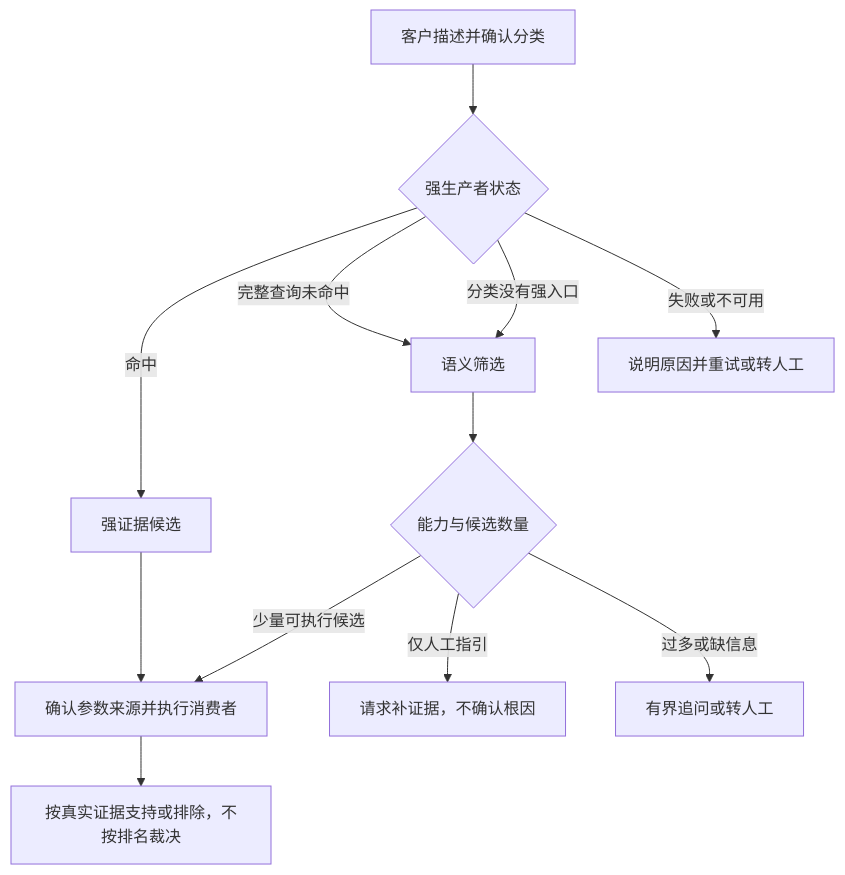
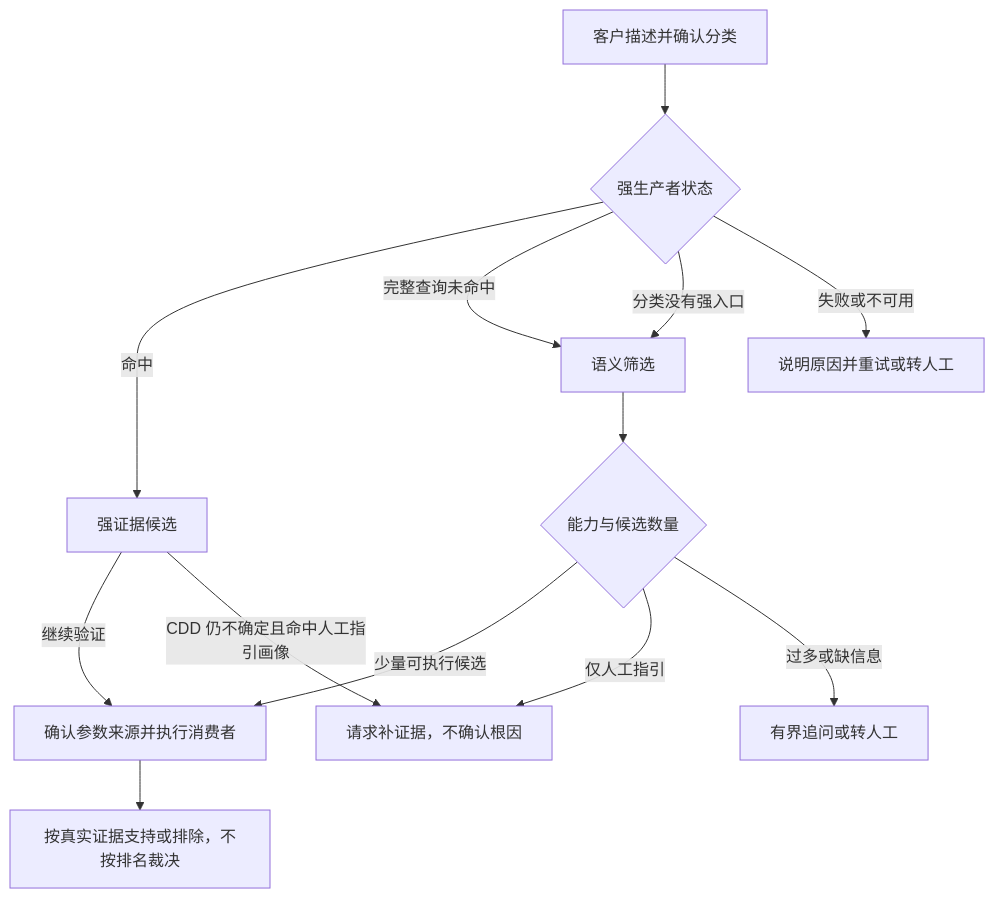
The diagram in docs/solution/agent/KBD语义入口兜底诊断设计与需求.md (tomturing/hci-troubleshoot-platform), drawn with Mermaid before and after one commit. The commit also changed other lines of this file and 8 other files, not shown here.

````diff
--- a/docs/solution/agent/KBD语义入口兜底诊断设计与需求.md
+++ b/docs/solution/agent/KBD语义入口兜底诊断设计与需求.md
@@ -262,14 +263,15 @@
 ```mermaid
 flowchart TD
     A[客户描述并确认分类] --> B{强生产者状态}
     B -->|命中| C[强证据候选]
     B -->|完整查询未命中| D[语义筛选]
     B -->|分类没有强入口| D
     B -->|失败或不可用| E[说明原因并重试或转人工]
     D --> F{能力与候选数量}
     F -->|少量可执行候选| G[确认参数来源并执行消费者]
     F -->|仅人工指引| H[请求补证据，不确认根因]
     F -->|过多或缺信息| I[有界追问或转人工]
-    C --> G
+    C -->|继续验证| G
+    C -->|CDD 仍不确定且命中人工指引画像| H
     G --> J[按真实证据支持或排除，不按排名裁决]
 ```
````
